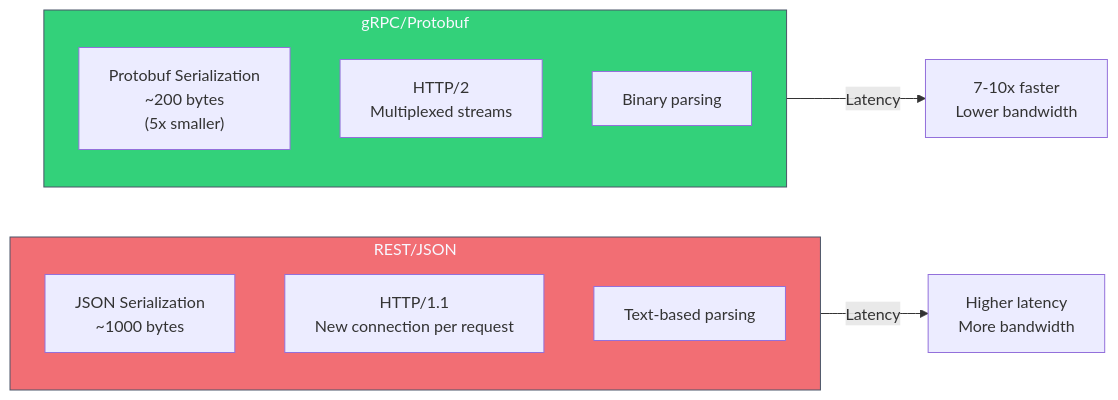
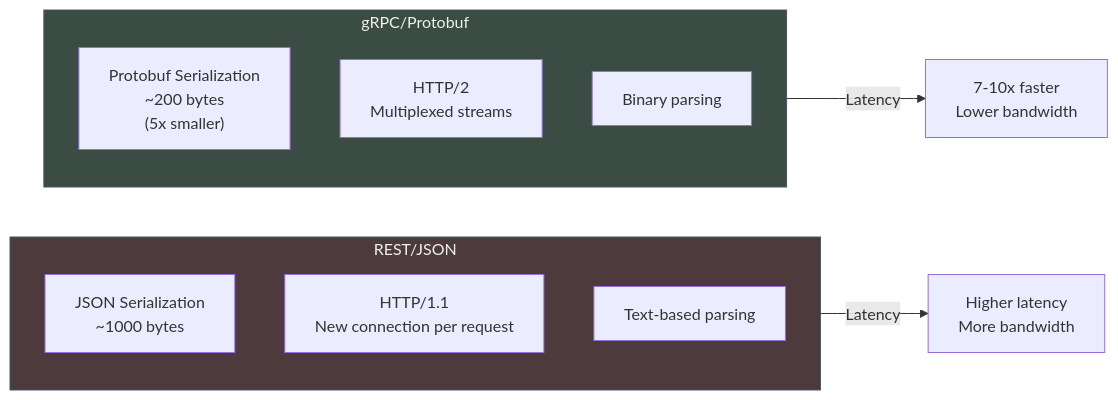
Before and after one commit to blackwell-systems/blog: the seventh of 24 diagrams in content/posts/api-communication-patterns-guide.md, drawn with Mermaid. The commit also changed other lines of this file and 4 other files, not shown here.

```diff
--- a/content/posts/api-communication-patterns-guide.md
+++ b/content/posts/api-communication-patterns-guide.md
@@ -394,20 +394,20 @@
 {{< mermaid >}}
 graph LR
     subgraph rest["REST/JSON"]
         r1["JSON Serialization<br/>~1000 bytes"]
         r2["HTTP/1.1<br/>New connection per request"]
         r3["Text-based parsing"]
     end
 
     subgraph grpc["gRPC/Protobuf"]
         g1["Protobuf Serialization<br/>~200 bytes<br/>(5x smaller)"]
         g2["HTTP/2<br/>Multiplexed streams"]
         g3["Binary parsing"]
     end
 
     rest -->|Latency| slower["Higher latency<br/>More bandwidth"]
     grpc -->|Latency| faster["7-10x faster<br/>Lower bandwidth"]
 
-    style rest fill:#F26E74,stroke:#4a5568,color:#f8f8ff
-    style grpc fill:#33D17A,stroke:#4a5568,color:#f8f8ff
+    style rest fill:#4C3A3C,stroke:#4a5568,color:#f0f0f0
+    style grpc fill:#3A4C43,stroke:#4a5568,color:#f0f0f0
 {{< /mermaid >}}
```
